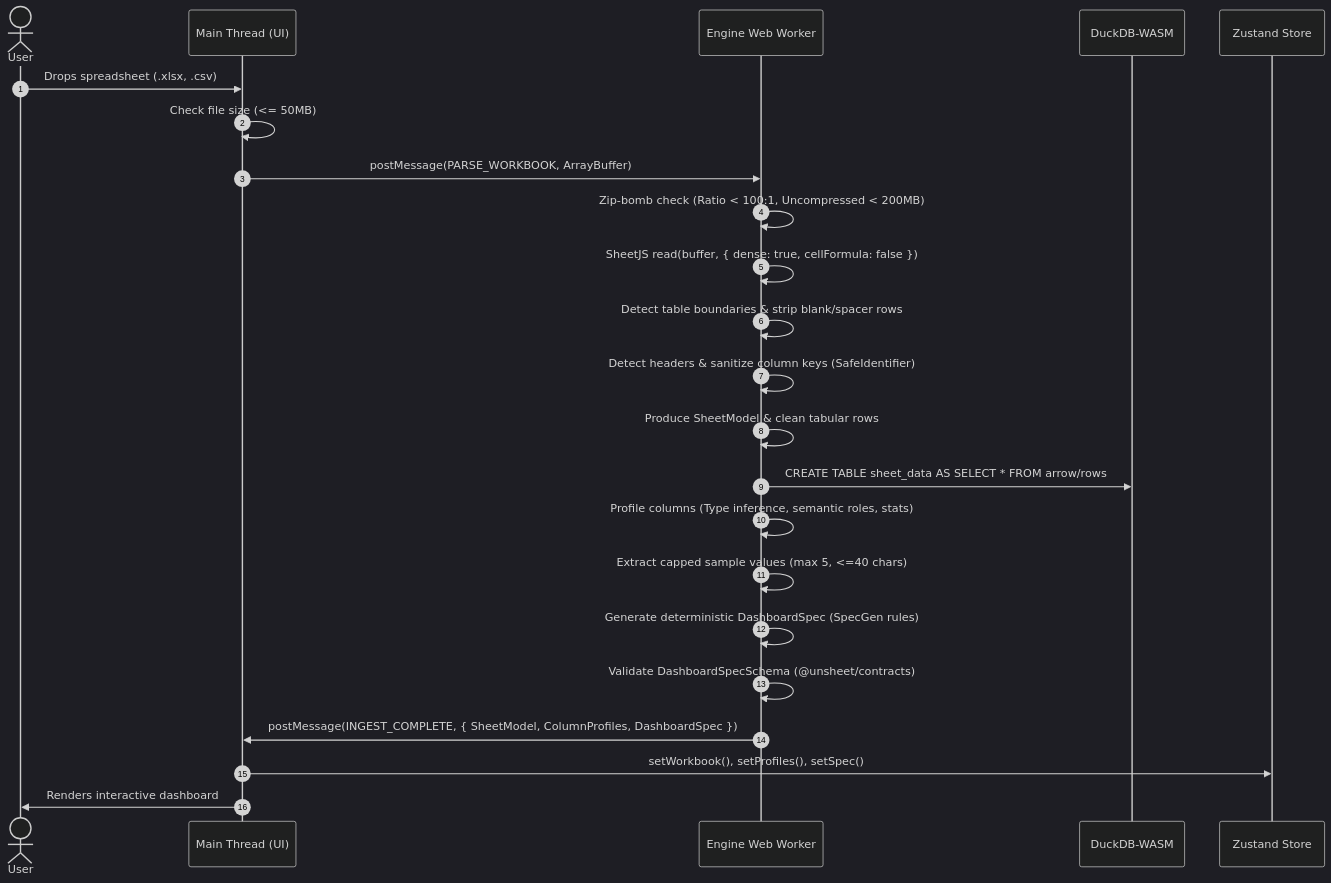
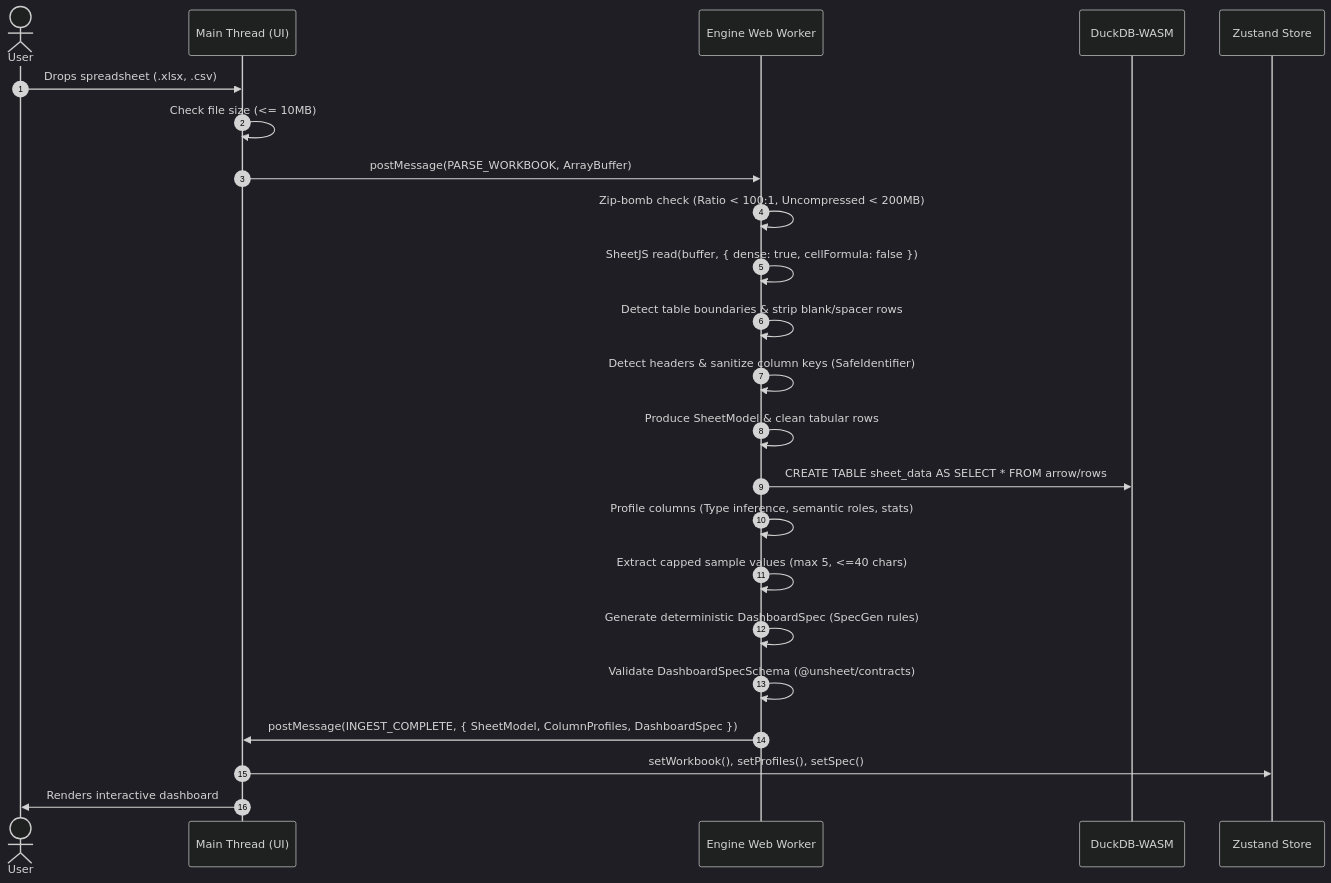
The third of 7 diagrams in docs/ARCHITECTURE.md (roshanvrazak/UnSheet), drawn with Mermaid (dark theme) before and after one commit. The commit also changed 15 other files, not shown here.

Commit message:
fix(contracts): resolve Phase 0 security review findings and harden schemas

````diff
--- a/docs/ARCHITECTURE.md
+++ b/docs/ARCHITECTURE.md
@@ -147,29 +147,29 @@
 ```mermaid
 sequenceDiagram
     autonumber
     actor User
     participant UI as Main Thread (UI)
     participant Worker as Engine Web Worker
     participant DuckDB as DuckDB-WASM
     participant State as Zustand Store
 
     User->>UI: Drops spreadsheet (.xlsx, .csv)
-    UI->>UI: Check file size (<= 50MB)
+    UI->>UI: Check file size (<= 10MB)
     UI->>Worker: postMessage(PARSE_WORKBOOK, ArrayBuffer)
 
     Worker->>Worker: Zip-bomb check (Ratio < 100:1, Uncompressed < 200MB)
     Worker->>Worker: SheetJS read(buffer, { dense: true, cellFormula: false })
     Worker->>Worker: Detect table boundaries & strip blank/spacer rows
     Worker->>Worker: Detect headers & sanitize column keys (SafeIdentifier)
     Worker->>Worker: Produce SheetModel & clean tabular rows
 
     Worker->>DuckDB: CREATE TABLE sheet_data AS SELECT * FROM arrow/rows
     Worker->>Worker: Profile columns (Type inference, semantic roles, stats)
     Worker->>Worker: Extract capped sample values (max 5, <=40 chars)
     Worker->>Worker: Generate deterministic DashboardSpec (SpecGen rules)
     Worker->>Worker: Validate DashboardSpecSchema (@unsheet/contracts)
 
     Worker->>UI: postMessage(INGEST_COMPLETE, { SheetModel, ColumnProfiles, DashboardSpec })
     UI->>State: setWorkbook(), setProfiles(), setSpec()
     UI->>User: Renders interactive dashboard
 ```
````
